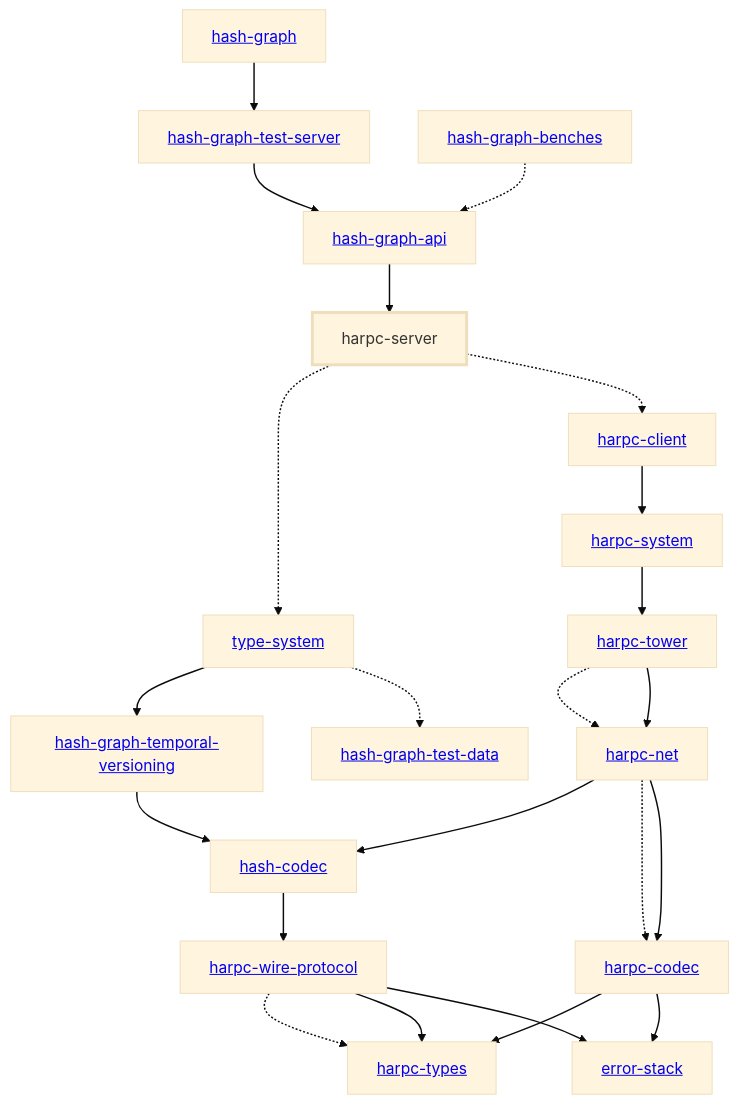
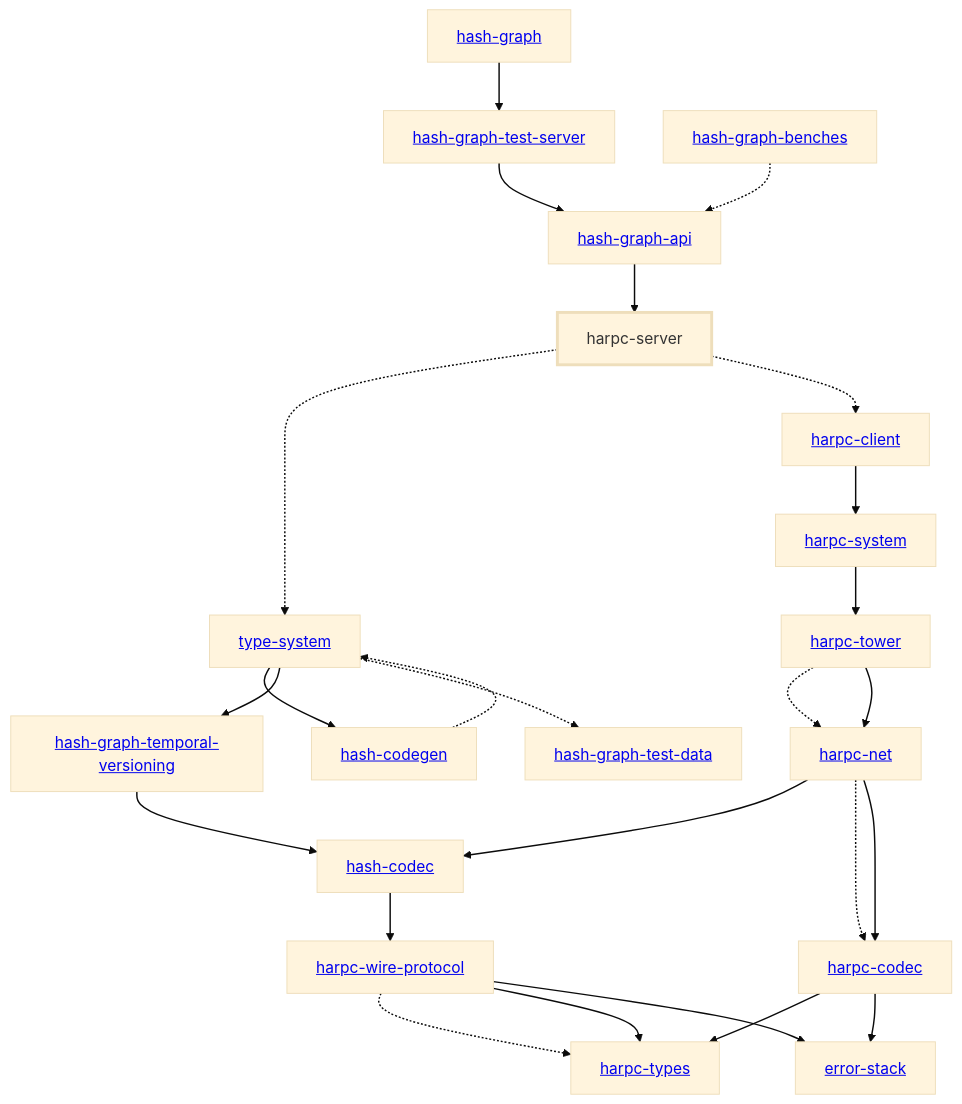
The diagram in libs/@local/harpc/server/docs/dependency-diagram.mmd (hashintel/hash), drawn with Mermaid (base theme) before and after one commit. The commit also changed 30 other files, not shown here.

Commit message:
Export from type-system to `types.d.ts`

```diff
--- a/libs/@local/harpc/server/docs/dependency-diagram.mmd
+++ b/libs/@local/harpc/server/docs/dependency-diagram.mmd
@@ -1,50 +1,53 @@
 graph TD
     linkStyle default stroke-width:1.5px
     classDef default stroke-width:1px
     classDef root stroke-width:3px
     classDef dev stroke-width:1px
     classDef build stroke-width:1px
     %% Legend
     %% --> : Normal dependency
     %% -.-> : Dev dependency
     %% ---> : Build dependency
     0[<a href="../hash_graph">hash-graph</a>]
     1[<a href="../type_system">type-system</a>]
     2[<a href="../hash_codec">hash-codec</a>]
-    3[<a href="../hash_graph_api">hash-graph-api</a>]
-    4[<a href="../hash_graph_temporal_versioning">hash-graph-temporal-versioning</a>]
-    5[<a href="../hash_graph_test_server">hash-graph-test-server</a>]
-    6[<a href="../harpc_client">harpc-client</a>]
-    7[<a href="../harpc_codec">harpc-codec</a>]
-    8[<a href="../harpc_net">harpc-net</a>]
-    9[harpc-server]
-    class 9 root
-    10[<a href="../harpc_system">harpc-system</a>]
-    11[<a href="../harpc_tower">harpc-tower</a>]
-    12[<a href="../harpc_types">harpc-types</a>]
-    13[<a href="../harpc_wire_protocol">harpc-wire-protocol</a>]
-    14[<a href="../error_stack">error-stack</a>]
-    15[<a href="../hash_graph_benches">hash-graph-benches</a>]
-    16[<a href="../hash_graph_test_data">hash-graph-test-data</a>]
-    0 --> 5
-    1 --> 4
-    1 -.-> 16
-    2 --> 13
-    3 --> 9
-    4 --> 2
-    5 --> 3
-    6 --> 10
-    7 --> 12
-    7 --> 14
-    8 --> 2
-    8 -.-> 7
-    8 --> 7
-    9 -.-> 1
-    9 -.-> 6
-    10 --> 11
-    11 -.-> 8
-    11 --> 8
-    13 -.-> 12
-    13 --> 12
-    13 --> 14
-    15 -.-> 3
+    3[<a href="../hash_codegen">hash-codegen</a>]
+    4[<a href="../hash_graph_api">hash-graph-api</a>]
+    5[<a href="../hash_graph_temporal_versioning">hash-graph-temporal-versioning</a>]
+    6[<a href="../hash_graph_test_server">hash-graph-test-server</a>]
+    7[<a href="../harpc_client">harpc-client</a>]
+    8[<a href="../harpc_codec">harpc-codec</a>]
+    9[<a href="../harpc_net">harpc-net</a>]
+    10[harpc-server]
+    class 10 root
+    11[<a href="../harpc_system">harpc-system</a>]
+    12[<a href="../harpc_tower">harpc-tower</a>]
+    13[<a href="../harpc_types">harpc-types</a>]
+    14[<a href="../harpc_wire_protocol">harpc-wire-protocol</a>]
+    15[<a href="../error_stack">error-stack</a>]
+    16[<a href="../hash_graph_benches">hash-graph-benches</a>]
+    17[<a href="../hash_graph_test_data">hash-graph-test-data</a>]
+    0 --> 6
+    1 --> 3
+    1 --> 5
+    1 -.-> 17
+    2 --> 14
+    3 -.-> 1
+    4 --> 10
+    5 --> 2
+    6 --> 4
+    7 --> 11
+    8 --> 13
+    8 --> 15
+    9 --> 2
+    9 -.-> 8
+    9 --> 8
+    10 -.-> 1
+    10 -.-> 7
+    11 --> 12
+    12 -.-> 9
+    12 --> 9
+    14 -.-> 13
+    14 --> 13
+    14 --> 15
+    16 -.-> 4
```
